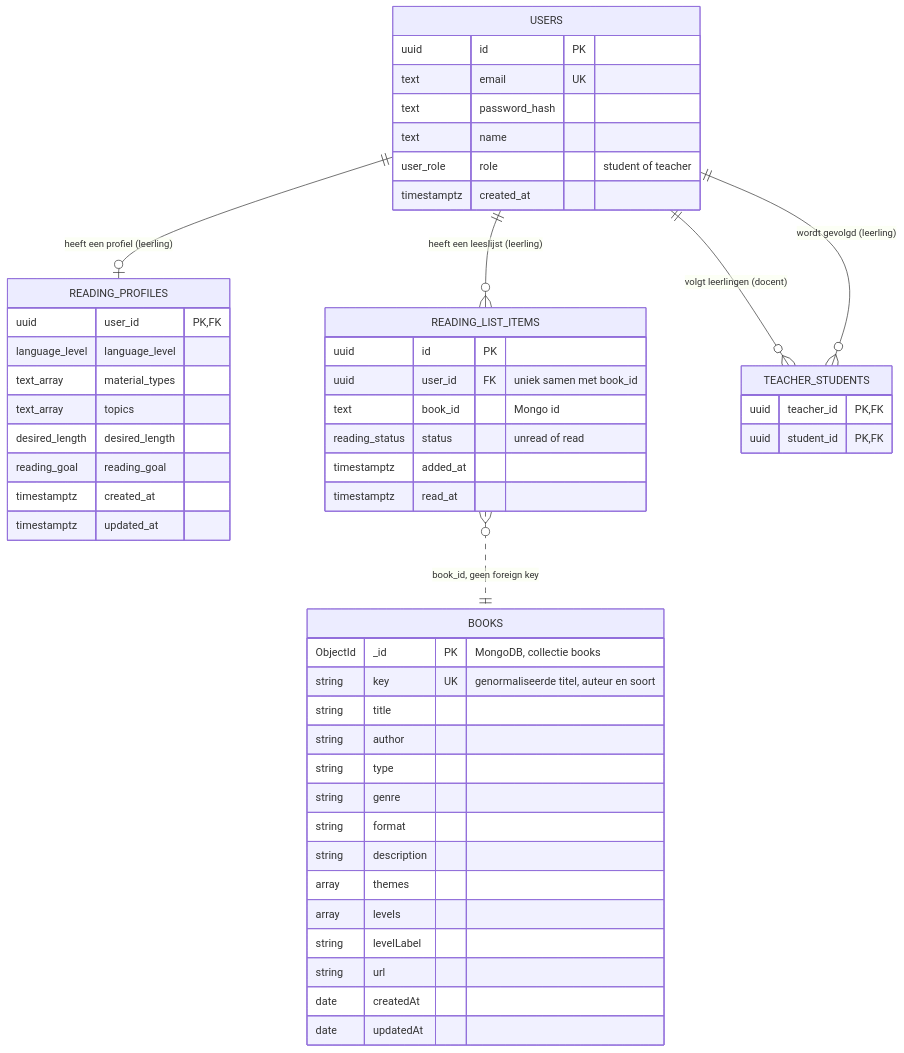
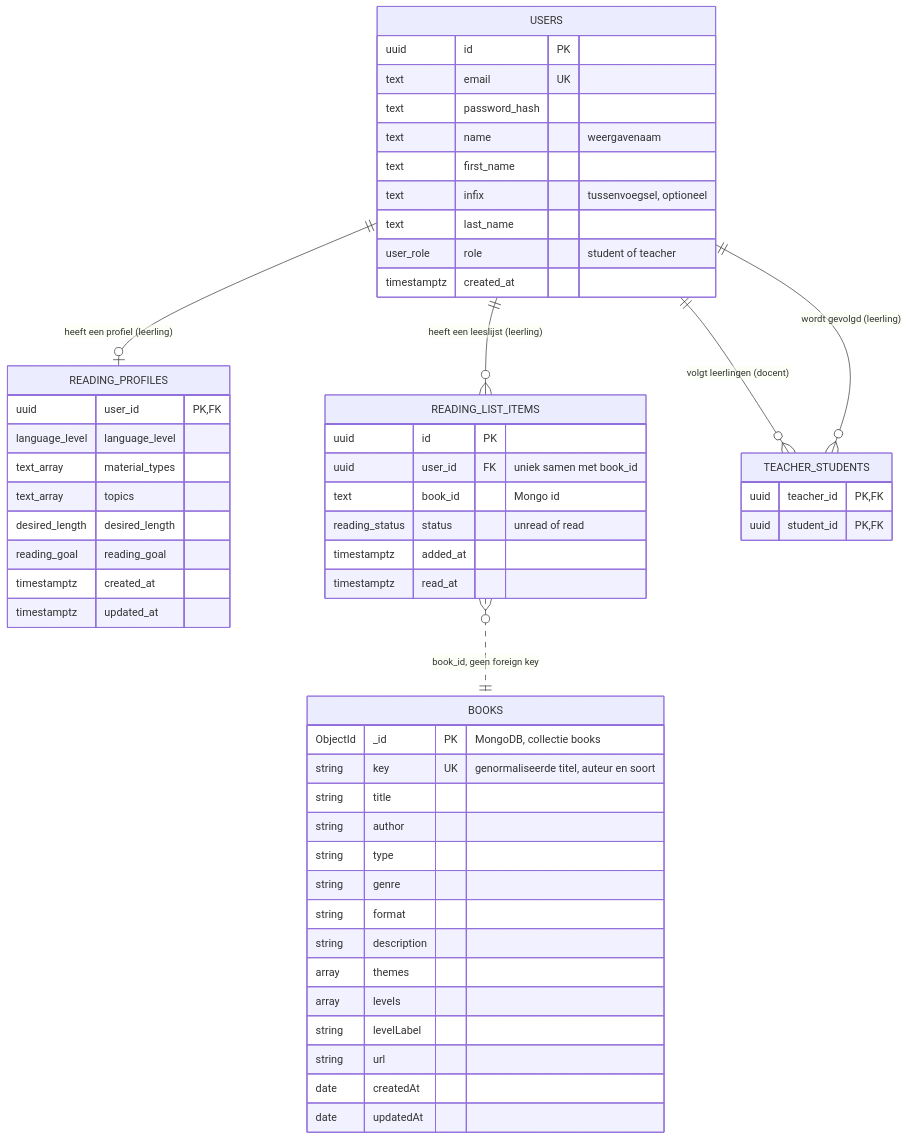
Before and after one commit to kiwisap/avans-2.1-smart-reading-coach-api: the second of 2 diagrams in README.md, drawn with Mermaid. The commit also changed other lines of this file and 23 other files, not shown here.

Commit message:
Let name of user be a first name, infix and lastname

````diff
--- a/README.md
+++ b/README.md
@@ -195,55 +195,58 @@
 ```mermaid
 erDiagram
     USERS ||--o| READING_PROFILES : "heeft een profiel (leerling)"
     USERS ||--o{ READING_LIST_ITEMS : "heeft een leeslijst (leerling)"
     USERS ||--o{ TEACHER_STUDENTS : "volgt leerlingen (docent)"
     USERS ||--o{ TEACHER_STUDENTS : "wordt gevolgd (leerling)"
     READING_LIST_ITEMS }o..|| BOOKS : "book_id, geen foreign key"
 
     USERS {
         uuid id PK
         text email UK
         text password_hash
-        text name
+        text name "weergavenaam"
+        text first_name
+        text infix "tussenvoegsel, optioneel"
+        text last_name
         user_role role "student of teacher"
         timestamptz created_at
     }
     TEACHER_STUDENTS {
         uuid teacher_id PK, FK
         uuid student_id PK, FK
     }
     READING_PROFILES {
         uuid user_id PK, FK
         language_level language_level
         text_array material_types
         text_array topics
         desired_length desired_length
         reading_goal reading_goal
         timestamptz created_at
         timestamptz updated_at
     }
     READING_LIST_ITEMS {
         uuid id PK
         uuid user_id FK "uniek samen met book_id"
         text book_id "Mongo id"
         reading_status status "unread of read"
         timestamptz added_at
         timestamptz read_at
     }
     BOOKS {
         ObjectId _id PK "MongoDB, collectie books"
         string key UK "genormaliseerde titel, auteur en soort"
         string title
         string author
         string type
         string genre
         string format
         string description
         array themes
         array levels
         string levelLabel
         string url
         date createdAt
         date updatedAt
     }
 ```
````
